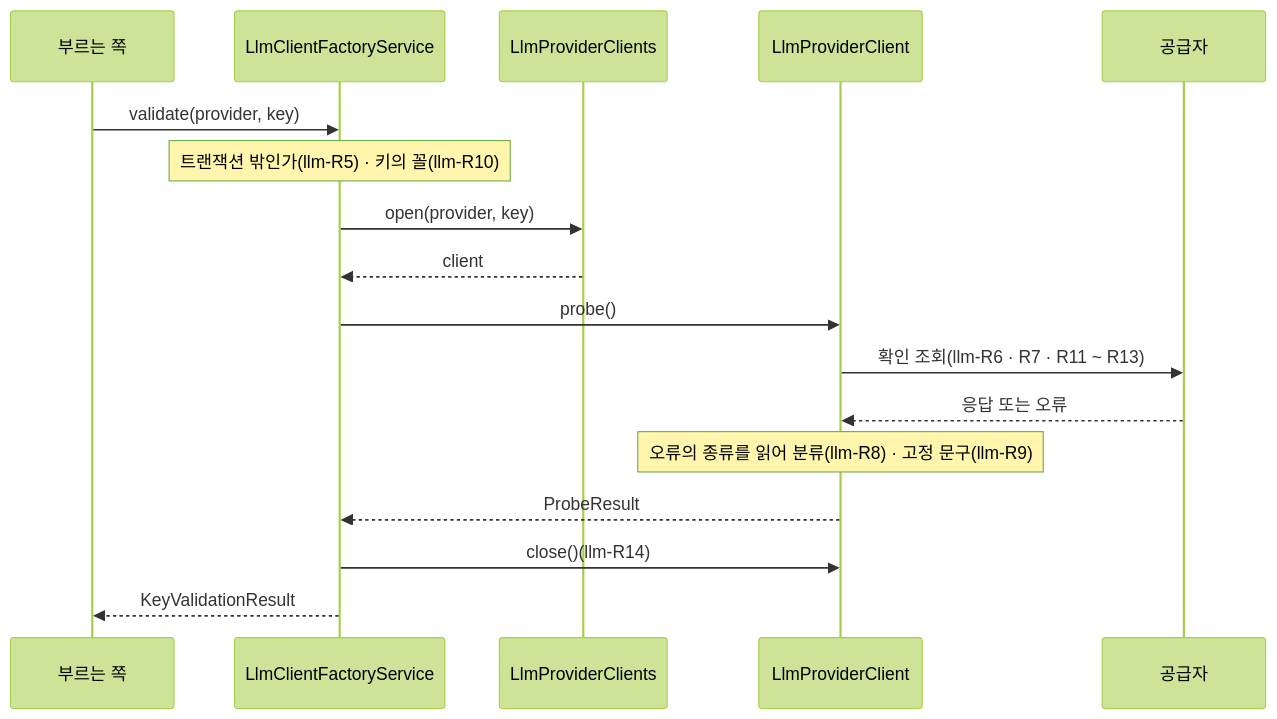
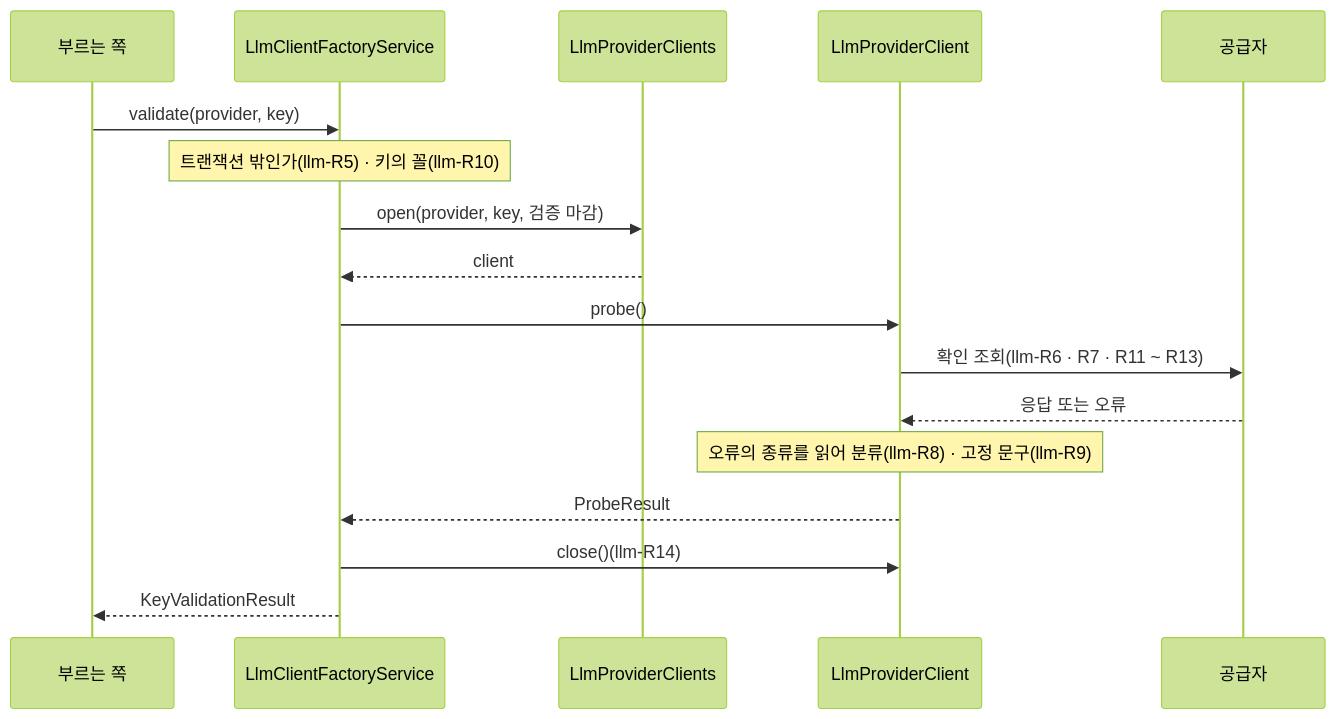
The first of 2 diagrams in docs/specs/llm.md (Theia0382/yozm-news), drawn with Mermaid (forest theme) before and after one commit. The commit also changed other lines of this file and 11 other files, not shown here.

````diff
--- a/docs/specs/llm.md
+++ b/docs/specs/llm.md
@@ -393,19 +393,19 @@
 ```mermaid
 sequenceDiagram
     participant C as 부르는 쪽
     participant S as LlmClientFactoryService
     participant P as LlmProviderClients
     participant K as LlmProviderClient
     participant X as 공급자
     C->>S: validate(provider, key)
     Note over S: 트랜잭션 밖인가(llm-R5) · 키의 꼴(llm-R10)
-    S->>P: open(provider, key)
+    S->>P: open(provider, key, 검증 마감)
     P-->>S: client
     S->>K: probe()
     K->>X: 확인 조회(llm-R6 · R7 · R11 ~ R13)
     X-->>K: 응답 또는 오류
     Note over K: 오류의 종류를 읽어 분류(llm-R8) · 고정 문구(llm-R9)
     K-->>S: ProbeResult
     S->>K: close()(llm-R14)
     S-->>C: KeyValidationResult
 ```
````
